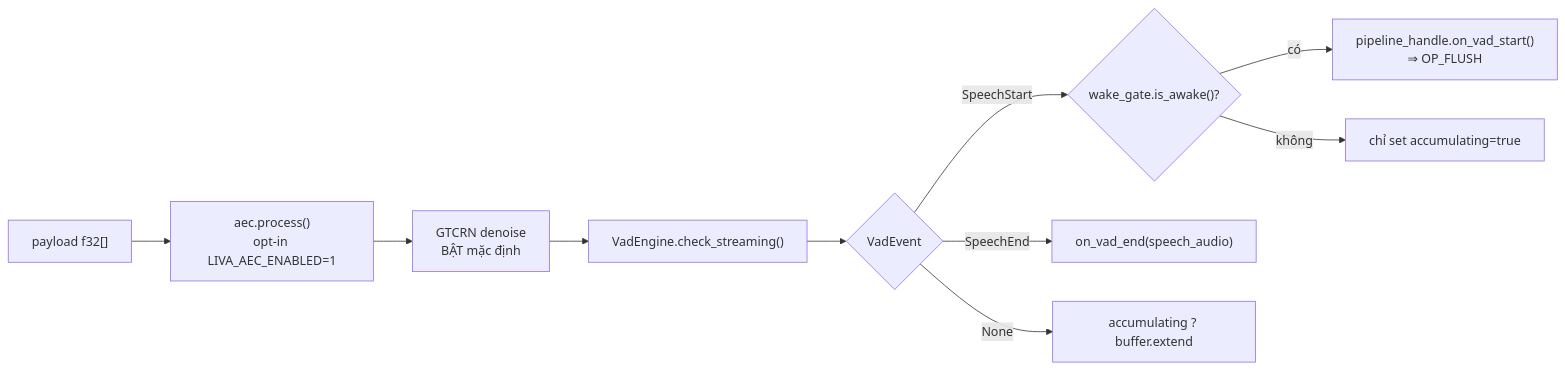
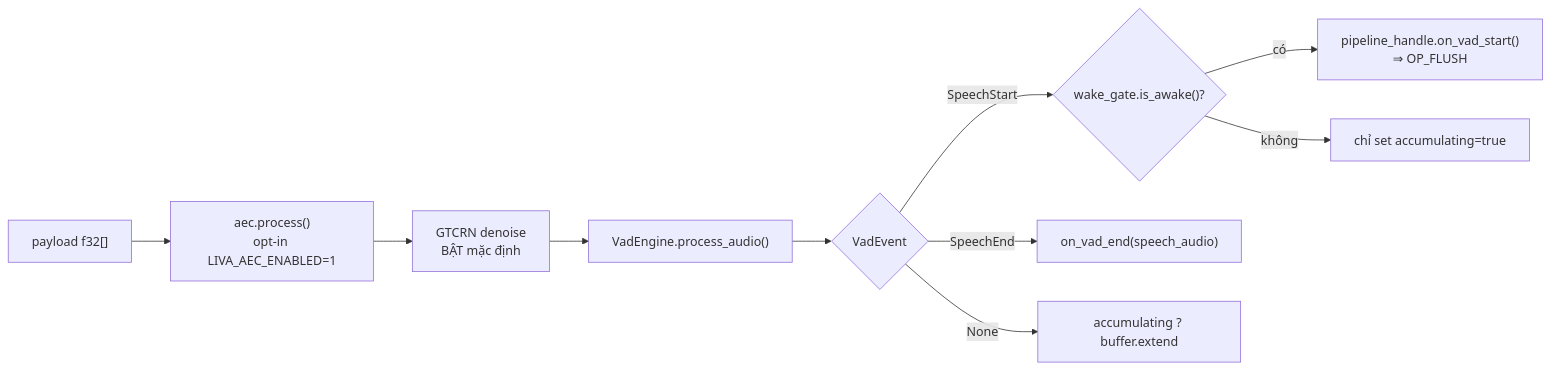
One commit to DuongNAD/LIVA changed the third of 5 diagrams in docs/01-ban-ve/02-giao-thuc-ipc-va-websocket.md. Above: the diagram before and after it, drawn with Mermaid. The commit also changed other lines of this file and 11 other files, not shown here.

````diff
--- a/docs/01-ban-ve/02-giao-thuc-ipc-va-websocket.md
+++ b/docs/01-ban-ve/02-giao-thuc-ipc-va-websocket.md
@@ -371,12 +387,12 @@
 ```mermaid
 flowchart LR
     P["payload f32[]"] --> AEC["aec.process()<br/>opt-in LIVA_AEC_ENABLED=1"]
     AEC --> DN["GTCRN denoise<br/>BẬT mặc định"]
-    DN --> VAD["VadEngine.check_streaming()"]
+    DN --> VAD["VadEngine.process_audio()"]
     VAD --> EV{"VadEvent"}
     EV -->|SpeechStart| WG{"wake_gate.is_awake()?"}
     WG -->|có| FS["pipeline_handle.on_vad_start()<br/>⇒ OP_FLUSH"]
     WG -->|không| NOP["chỉ set accumulating=true"]
     EV -->|SpeechEnd| VE["on_vad_end(speech_audio)"]
     EV -->|None| IDLE["accumulating ? buffer.extend"]
 ```
````
